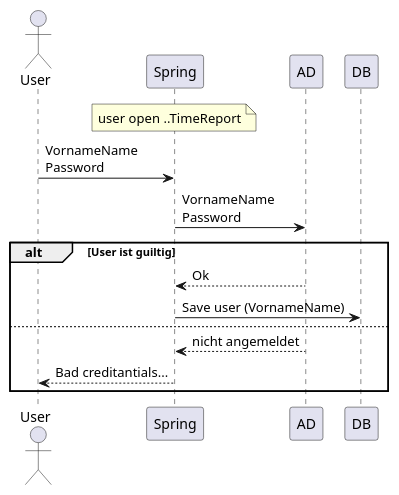
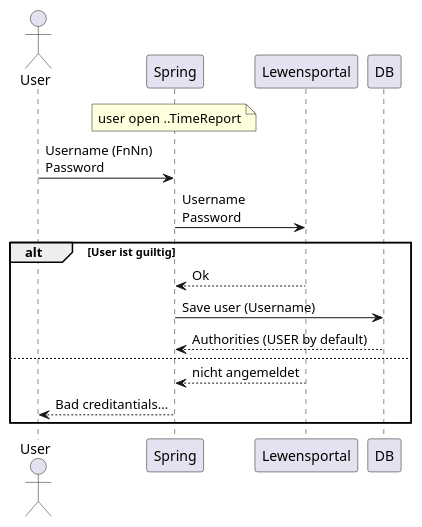
One commit to DAverianov/ITHelpdesk changed the diagram in ITHelpdesk/authorities.puml. Above: the diagram before and after it, drawn with PlantUML. The commit also changed 26 other files, not shown here.

```diff
--- a/ITHelpdesk/authorities.puml
+++ b/ITHelpdesk/authorities.puml
@@ -1,20 +1,21 @@
 @startuml
 actor User
 participant Spring
 
 note over Spring: user open ..TimeReport
 
-User -> Spring: VornameName \nPassword
-Spring -> AD: VornameName \nPassword
+User -> Spring: Username (FnNn) \nPassword
+Spring -> Lewensportal: Username \nPassword
 alt User ist guiltig
-	AD --> Spring: Ok
-	Spring -> DB: Save user (VornameName)
+	Lewensportal --> Spring: Ok
+	Spring -> DB: Save user (Username)
+	DB --> Spring: Authorities (USER by default)
 else
-	AD --> Spring: nicht angemeldet
+	Lewensportal --> Spring: nicht angemeldet
 	Spring --> User: Bad creditantials...
 end
 
 
 
 
 @enduml
```
